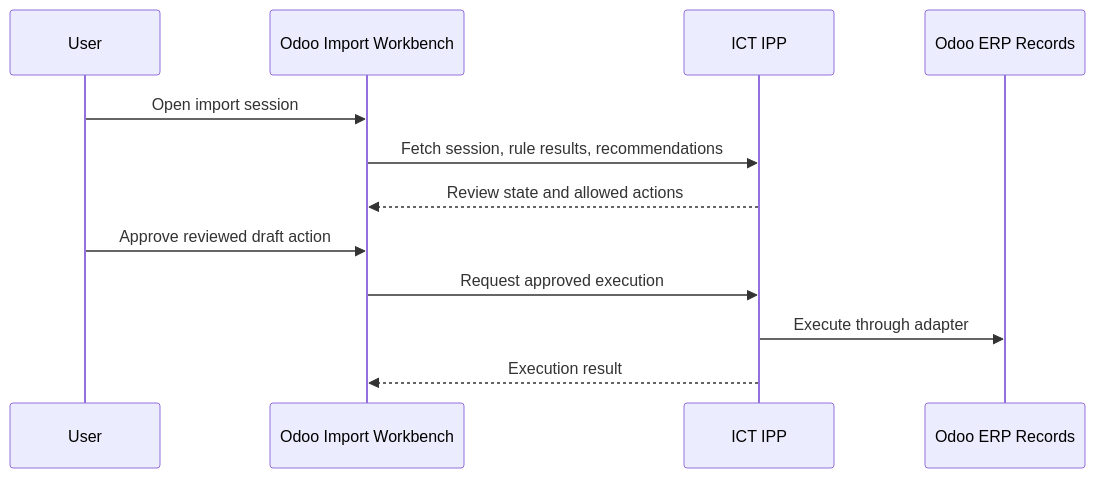
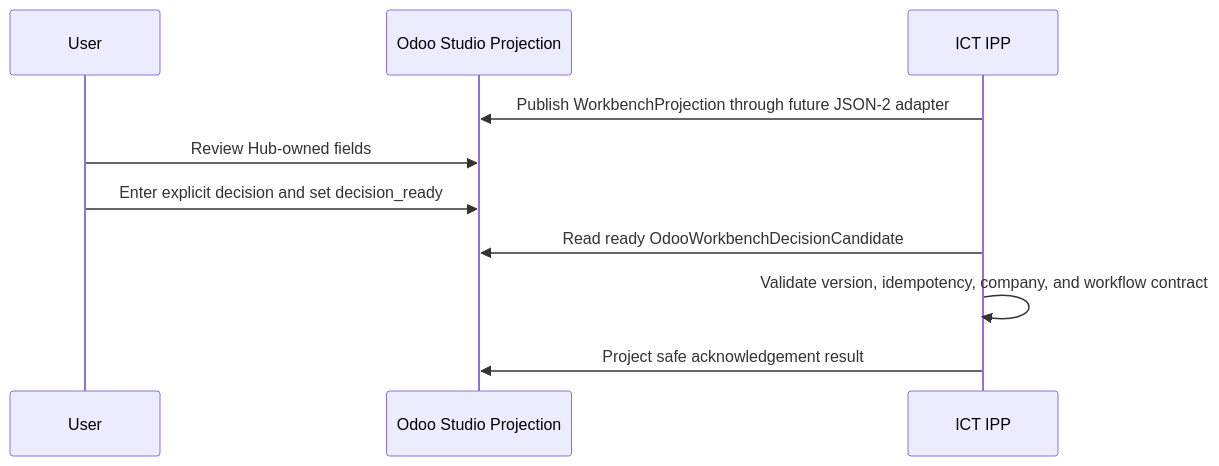
Before and after one commit to odurmazoglu/ict-integration-hub: the first of 4 diagrams in docs/IMPORT_WORKBENCH.md, drawn with Mermaid. The commit also changed other lines of this file and 16 other files, not shown here.

Commit message:
architecture: define odoo workbench projection contract

````diff
--- a/docs/IMPORT_WORKBENCH.md
+++ b/docs/IMPORT_WORKBENCH.md
@@ -46,15 +50,13 @@
 ```mermaid
 sequenceDiagram
     participant User
-    participant Workbench as Odoo Import Workbench
+    participant Projection as Odoo Studio Projection
     participant Hub as ICT IPP
-    participant ERP as Odoo ERP Records
 
-    User->>Workbench: Open import session
-    Workbench->>Hub: Fetch session, rule results, recommendations
-    Hub-->>Workbench: Review state and allowed actions
-    User->>Workbench: Approve reviewed draft action
-    Workbench->>Hub: Request approved execution
-    Hub->>ERP: Execute through adapter
-    Hub-->>Workbench: Execution result
+    Hub->>Projection: Publish WorkbenchProjection through future JSON-2 adapter
+    User->>Projection: Review Hub-owned fields
+    User->>Projection: Enter explicit decision and set decision_ready
+    Hub->>Projection: Read ready OdooWorkbenchDecisionCandidate
+    Hub->>Hub: Validate version, idempotency, company, and workflow contract
+    Hub->>Projection: Project safe acknowledgement result
 ```
````
